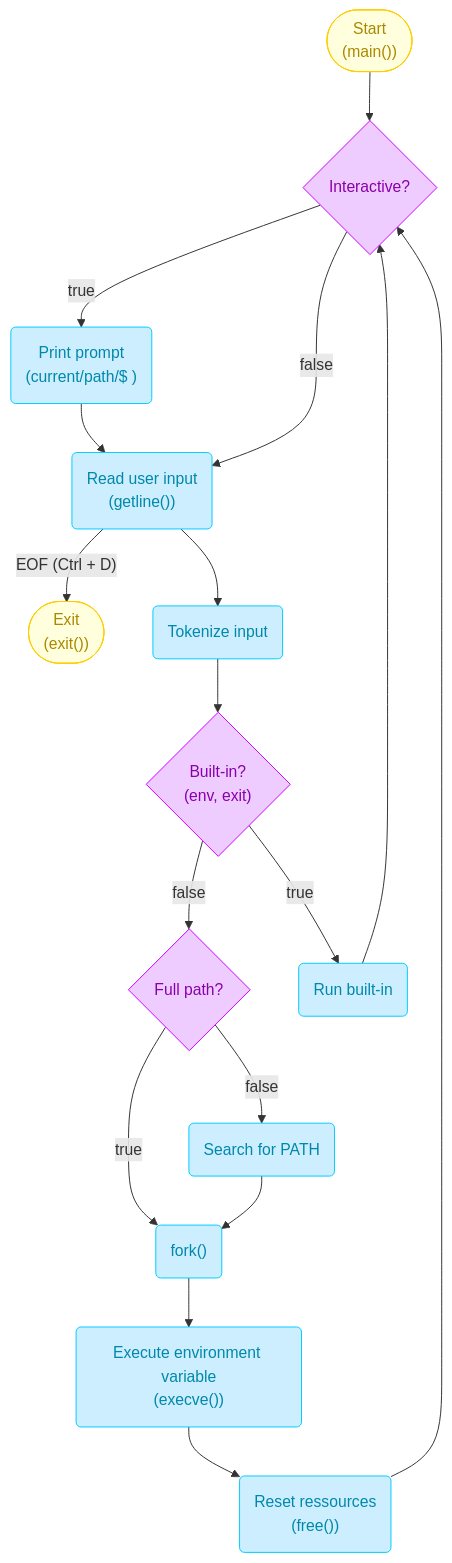
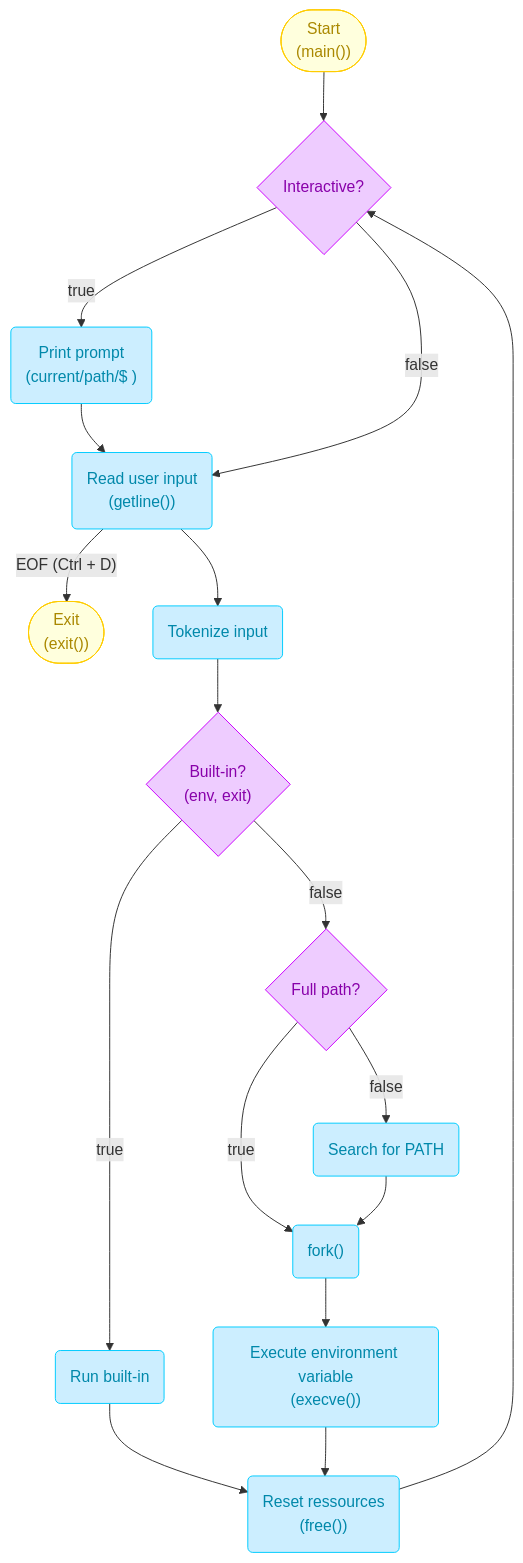
One commit to Ashe2A/holbertonschool-simple_shell changed the diagram in README.md. Above: the diagram before and after it, drawn with Mermaid.

Commit message:
built-in to reset

````diff
--- a/README.md
+++ b/README.md
@@ -38,34 +38,34 @@
 ```mermaid
 flowchart
     A(["Start<br>(main())"]) --> B{"Interactive?"}
     B -- true --> C("Print prompt<br>(current/path/$ )")
     C --> D("Read user input<br>(getline())")
     B -- false --> D
     D -- EOF (Ctrl + D) --> E(["Exit<br>(exit())"])
     D --> F("Tokenize input")
     F --> G{"Built-in?<br>(env, exit)"}
     G -- false --> I{"Full path?"}
     G -- true --> H("Run built-in")
-    H --> B
+    H --> M
     I -- true --> J("fork()")
     J --> L("Execute environment variable<br>(execve())")
     I -- false --> K("Search for PATH")
     K --> J
     L --> M("Reset ressources<br>(free())")
     M --> B
     style A stroke:#FC0,fill:#FFD,color:#A80
     style E stroke:#FC0,fill:#FFD,color:#A80
 
     style B stroke:#C0F,fill:#ECF,color:#80A
     style G stroke:#C0F,fill:#ECF,color:#80A
     style I stroke:#C0F,fill:#ECF,color:#80A
 
     style C stroke:#0CF,fill:#CEF,color:#08A
     style D stroke:#0CF,fill:#CEF,color:#08A
     style F stroke:#0CF,fill:#CEF,color:#08A
     style H stroke:#0CF,fill:#CEF,color:#08A
     style J stroke:#0CF,fill:#CEF,color:#08A
     style K stroke:#0CF,fill:#CEF,color:#08A
     style L stroke:#0CF,fill:#CEF,color:#08A
     style M stroke:#0CF,fill:#CEF,color:#08A
 ```
````
